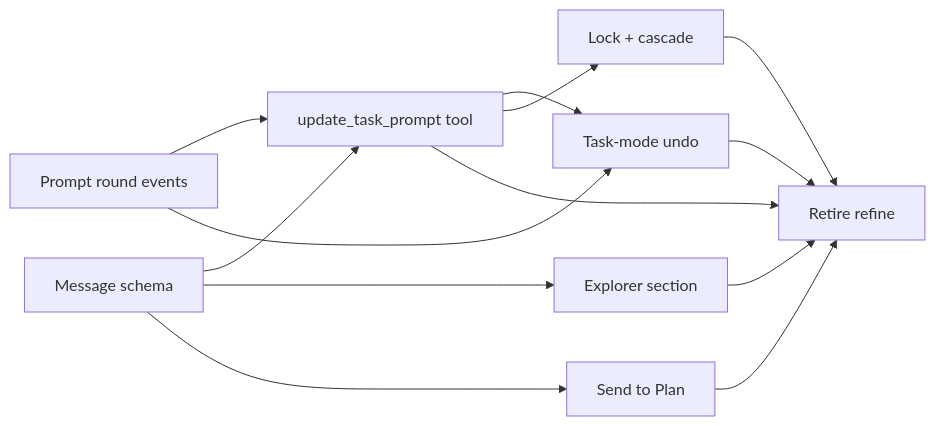
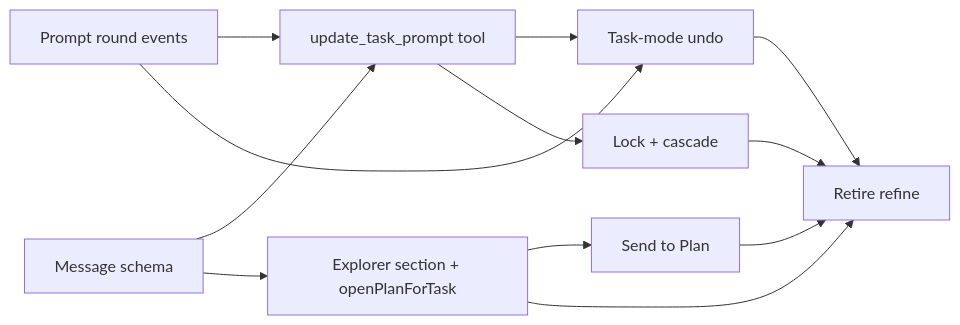
Before and after one commit to changkun/wallfacer: the second of 2 diagrams in specs/local/refinement-into-plan.md, drawn with Mermaid. The commit also changed other lines of this file and 3 other files, not shown here.

First line of the commit message:
specs: move openPlanForTask ownership into explorer task

````diff
--- a/specs/local/refinement-into-plan.md
+++ b/specs/local/refinement-into-plan.md
@@ -209,15 +209,14 @@
 ```mermaid
 graph LR
   MSG[Message schema] --> TOOL[update_task_prompt tool]
   EV[Prompt round events] --> TOOL
-  MSG --> EXP[Explorer section]
-  MSG --> CARD[Send to Plan]
+  MSG --> EXP[Explorer section + openPlanForTask]
+  EXP --> CARD[Send to Plan]
   TOOL --> UNDO[Task-mode undo]
   EV --> UNDO
   TOOL --> LOCK[Lock + cascade]
-  TOOL --> RETIRE[Retire refine]
-  UNDO --> RETIRE
+  UNDO --> RETIRE[Retire refine]
   EXP --> RETIRE
   CARD --> RETIRE
   LOCK --> RETIRE
 ```
````
